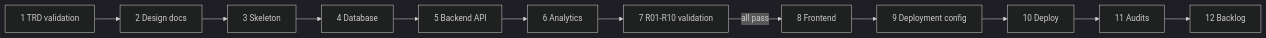
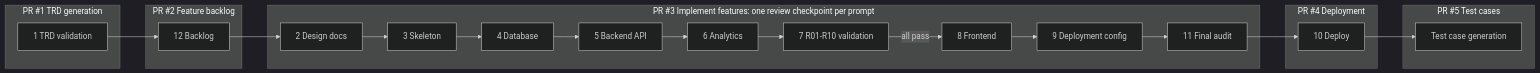
Before and after one commit to EchoWellApp/echowell: the diagram in specs/TRD/25_AI_Agent_Build_Instructions.md, drawn with Mermaid (dark theme). The commit also changed other lines of this file and 53 other files, not shown here.

````diff
--- a/specs/TRD/25_AI_Agent_Build_Instructions.md
+++ b/specs/TRD/25_AI_Agent_Build_Instructions.md
@@ -140,7 +141,22 @@
 ```mermaid
 flowchart LR
-  P1[1 TRD validation] --> P2[2 Design docs] --> P3[3 Skeleton] --> P4[4 Database]
-  P4 --> P5[5 Backend API] --> P6[6 Analytics] --> P7[7 R01-R10 validation]
-  P7 -->|all pass| P8[8 Frontend] --> P9[9 Deployment config] --> P10[10 Deploy]
-  P10 --> P11[11 Audits] --> P12[12 Backlog]
+  subgraph PR1["PR #1 TRD generation"]
+    P1[1 TRD validation]
+  end
+  subgraph PR2["PR #2 Feature backlog"]
+    P12[12 Backlog]
+  end
+  subgraph PR3["PR #3 Implement features: one review checkpoint per prompt"]
+    P2[2 Design docs] --> P3[3 Skeleton] --> P4[4 Database] --> P5[5 Backend API]
+    P5 --> P6[6 Analytics] --> P7[7 R01-R10 validation]
+    P7 -->|all pass| P8[8 Frontend] --> P9[9 Deployment config] --> P11[11 Final audit]
+  end
+  subgraph PR4["PR #4 Deployment"]
+    P10[10 Deploy]
+  end
+  subgraph PR5["PR #5 Test cases"]
+    TC[Test case generation]
+  end
+  P1 --> P12 --> P2
+  P11 --> P10 --> TC
 ```
````
